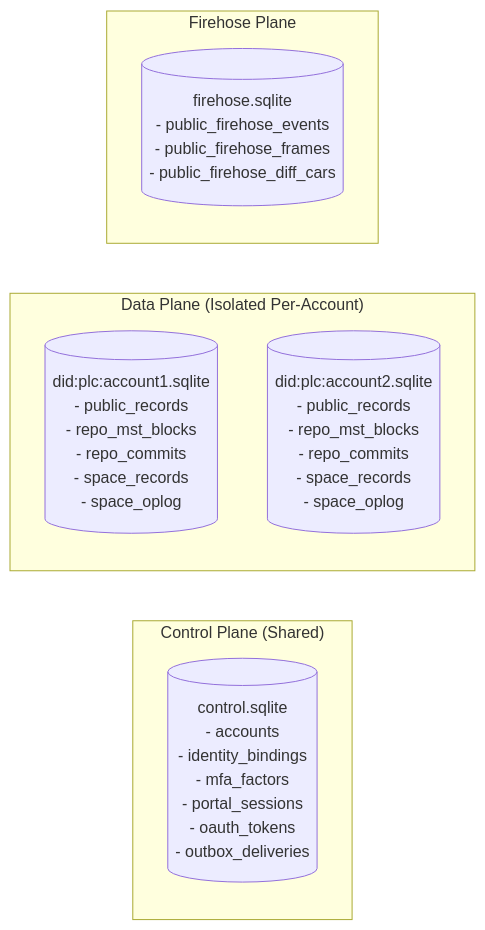
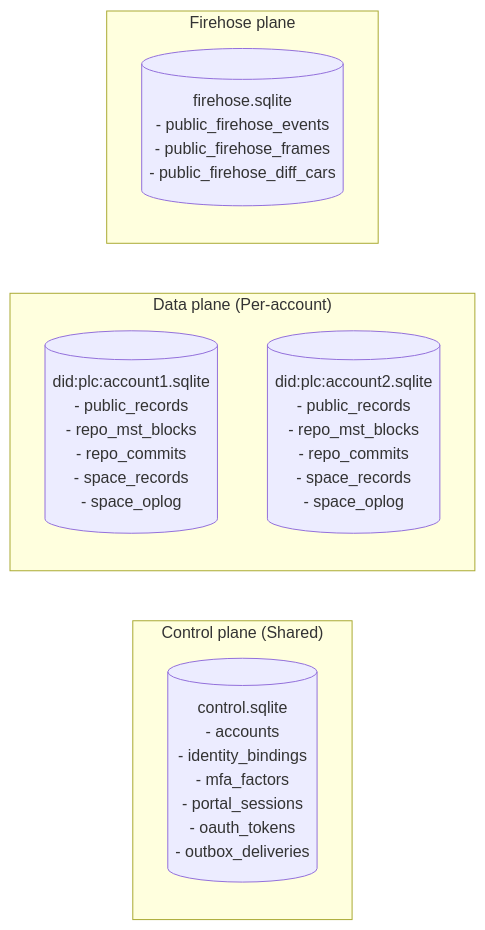
One commit to joshlacal/Swan changed the second of 2 diagrams in docs/architecture.md. Above: the diagram before and after it, drawn with Mermaid. The commit also changed other lines of this file and 16 other files, not shown here.

````diff
--- a/docs/architecture.md
+++ b/docs/architecture.md
@@ -70,15 +78,15 @@
 ```mermaid
 graph LR
-    subgraph ControlPlane ["Control Plane (Shared)"]
+    subgraph ControlPlane ["Control plane (Shared)"]
         CDB[("control.sqlite\n- accounts\n- identity_bindings\n- mfa_factors\n- portal_sessions\n- oauth_tokens\n- outbox_deliveries")]
     end
     
-    subgraph DataPlane ["Data Plane (Isolated Per-Account)"]
+    subgraph DataPlane ["Data plane (Per-account)"]
         ADB1[("did:plc:account1.sqlite\n- public_records\n- repo_mst_blocks\n- repo_commits\n- space_records\n- space_oplog")]
         ADB2[("did:plc:account2.sqlite\n- public_records\n- repo_mst_blocks\n- repo_commits\n- space_records\n- space_oplog")]
     end
     
-    subgraph FirehosePlane ["Firehose Plane"]
+    subgraph FirehosePlane ["Firehose plane"]
         FDB[("firehose.sqlite\n- public_firehose_events\n- public_firehose_frames\n- public_firehose_diff_cars")]
     end
 ```
````
